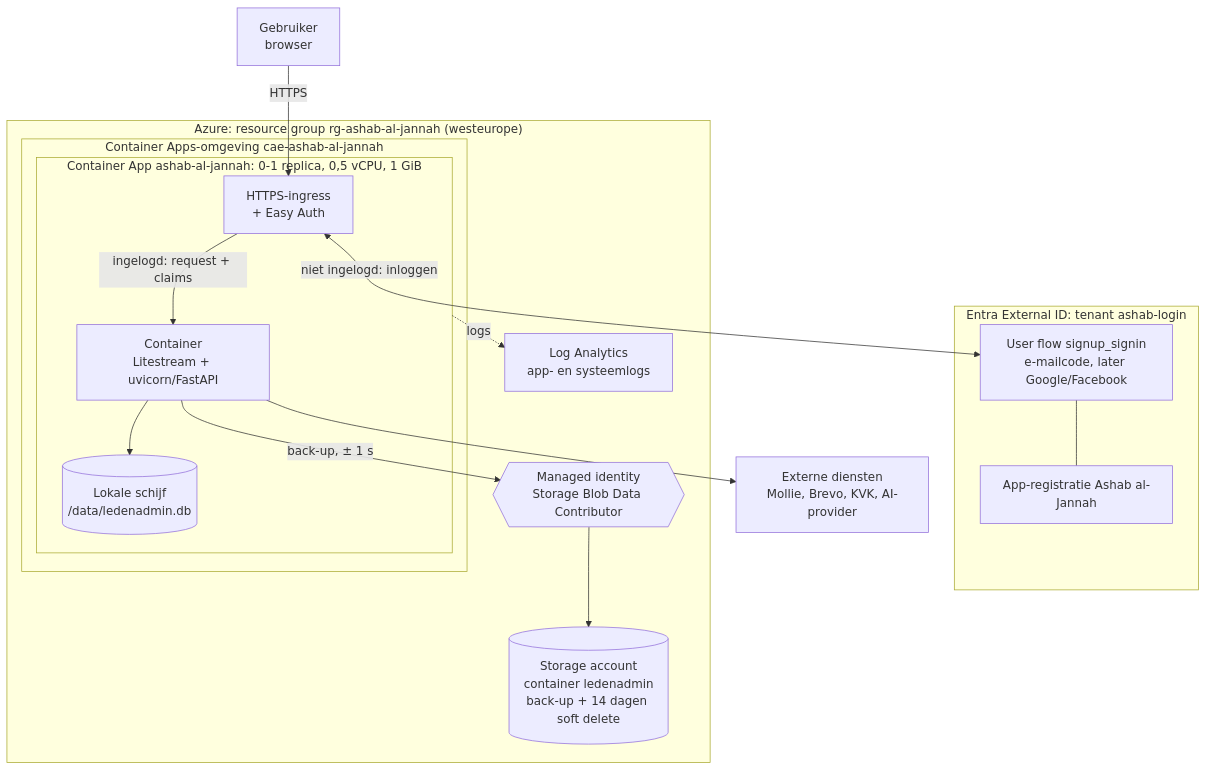
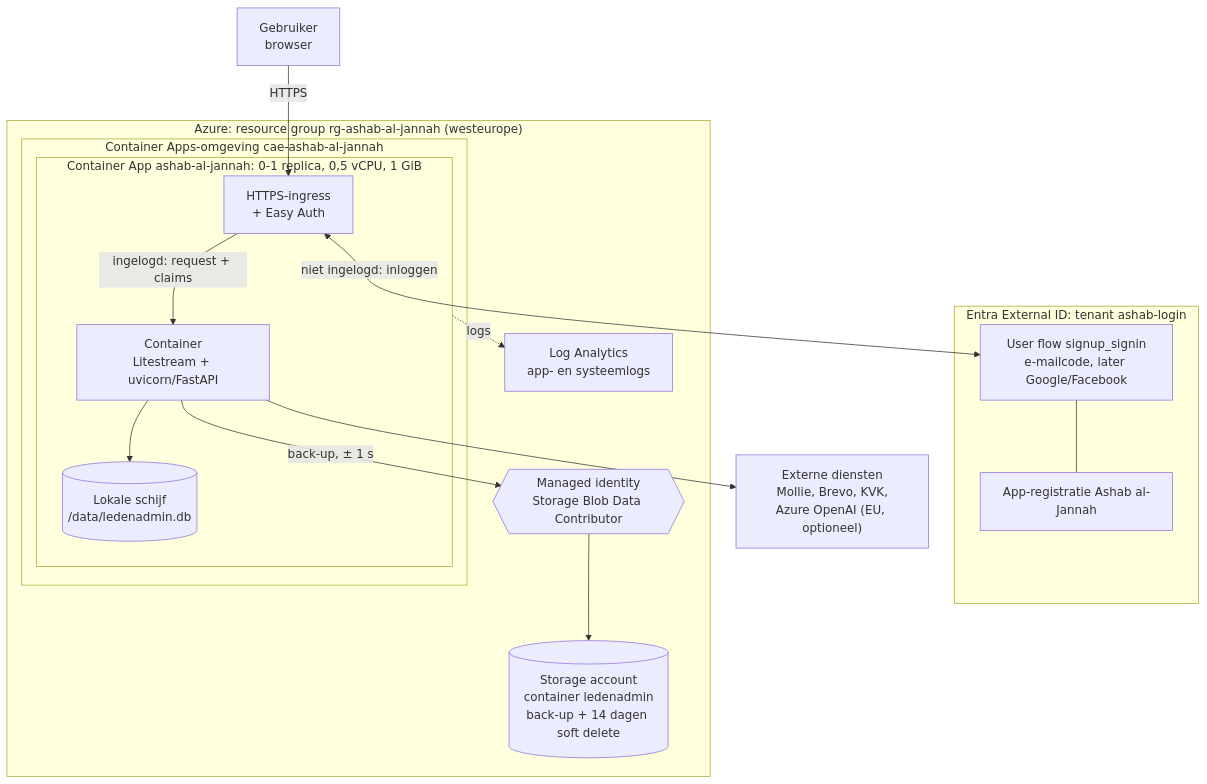
One commit to muratbalasar/ashab-al-jannah changed the second of 5 diagrams in README.md. Above: the diagram before and after it, drawn with Mermaid. The commit also changed other lines of this file and 27 other files, not shown here.

First line of the commit message:
feat: helpassistent (US16) met Azure OpenAI, standaard uit

````diff
--- a/README.md
+++ b/README.md
@@ -451,33 +462,33 @@
 ```mermaid
 flowchart TB
     User["Gebruiker<br/>browser"]
 
     subgraph ExtId["Entra External ID: tenant ashab-login"]
         Flow["User flow signup_signin<br/>e-mailcode, later Google/Facebook"]
         LoginApp["App-registratie Ashab al-Jannah"]
         Flow --- LoginApp
     end
 
     subgraph Azure["Azure: resource group rg-ashab-al-jannah (westeurope)"]
         subgraph CAE["Container Apps-omgeving cae-ashab-al-jannah"]
             subgraph CA["Container App ashab-al-jannah: 0-1 replica, 0,5 vCPU, 1 GiB"]
                 Ingress["HTTPS-ingress<br/>+ Easy Auth"]
                 Container["Container<br/>Litestream + uvicorn/FastAPI"]
                 Disk[("Lokale schijf<br/>/data/ledenadmin.db")]
             end
         end
         LA["Log Analytics<br/>app- en systeemlogs"]
         MI{{"Managed identity<br/>Storage Blob Data Contributor"}}
         SA[("Storage account<br/>container ledenadmin<br/>back-up + 14 dagen soft delete")]
     end
 
-    Partners["Externe diensten<br/>Mollie, Brevo, KVK, AI-provider"]
+    Partners["Externe diensten<br/>Mollie, Brevo, KVK,<br/>Azure OpenAI (EU, optioneel)"]
 
     User -->|HTTPS| Ingress
     Ingress <-->|niet ingelogd: inloggen| Flow
     Ingress -->|ingelogd: request + claims| Container
     Container --> Disk
     Container -->|back-up, ± 1 s| MI --> SA
     Container --> Partners
     CA -.->|logs| LA
 ```
````
